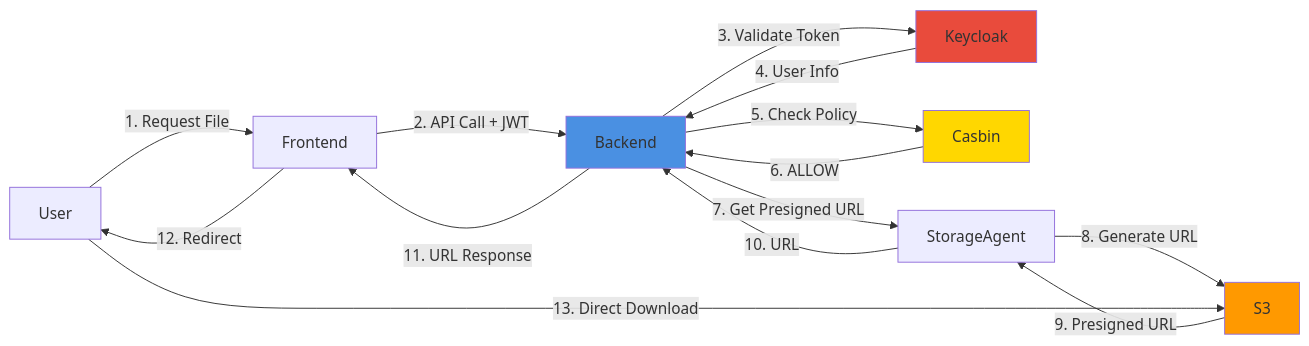
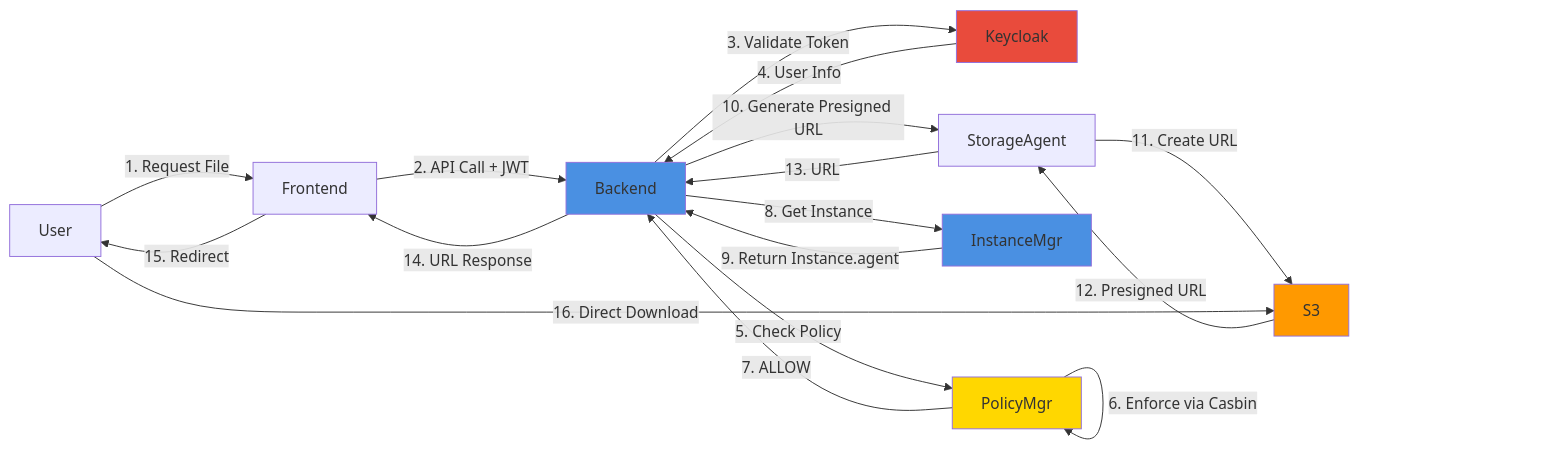
One commit to INN-SFU/Data-Portal changed the fifth of 5 diagrams in docs/diagrams/component-architecture.md. Above: the diagram before and after it, drawn with Mermaid. The commit also changed other lines of this file and 2 other files, not shown here.

Commit message:
docs: diagram updates

````diff
--- a/docs/diagrams/component-architecture.md
+++ b/docs/diagrams/component-architecture.md
@@ -194,21 +241,25 @@
 ```mermaid
 graph LR
     User[User] -->|1. Request File| Frontend
     Frontend -->|2. API Call + JWT| Backend
     Backend -->|3. Validate Token| Keycloak
     Keycloak -->|4. User Info| Backend
-    Backend -->|5. Check Policy| Casbin
-    Casbin -->|6. ALLOW| Backend
-    Backend -->|7. Get Presigned URL| StorageAgent
-    StorageAgent -->|8. Generate URL| S3
-    S3 -->|9. Presigned URL| StorageAgent
-    StorageAgent -->|10. URL| Backend
-    Backend -->|11. URL Response| Frontend
-    Frontend -->|12. Redirect| User
-    User -->|13. Direct Download| S3
+    Backend -->|5. Check Policy| PolicyMgr
+    PolicyMgr -->|6. Enforce via Casbin| PolicyMgr
+    PolicyMgr -->|7. ALLOW| Backend
+    Backend -->|8. Get Instance| InstanceMgr
+    InstanceMgr -->|9. Return Instance.agent| Backend
+    Backend -->|10. Generate Presigned URL| StorageAgent
+    StorageAgent -->|11. Create URL| S3
+    S3 -->|12. Presigned URL| StorageAgent
+    StorageAgent -->|13. URL| Backend
+    Backend -->|14. URL Response| Frontend
+    Frontend -->|15. Redirect| User
+    User -->|16. Direct Download| S3
 
     style Backend fill:#4A90E2
     style Keycloak fill:#E94B3C
-    style Casbin fill:#FFD700
+    style PolicyMgr fill:#FFD700
+    style InstanceMgr fill:#4A90E2
     style S3 fill:#FF9900
 ```
````
